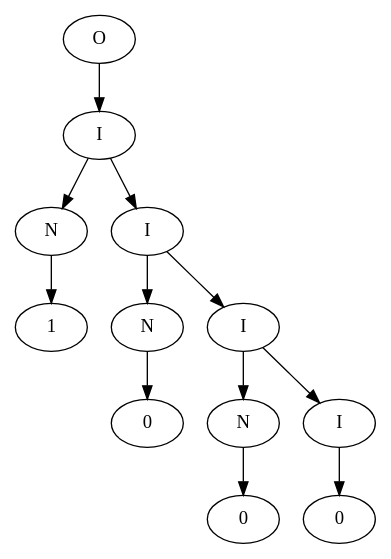
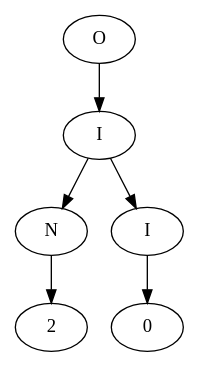
Before and after one commit to rcastroumg/AutomatasYLenguajesA: the diagram in DivisibleEnCInco/archivo.dot, drawn with Graphviz. The commit also changed 10 other files, not shown here.

```diff
--- a/DivisibleEnCInco/archivo.dot
+++ b/DivisibleEnCInco/archivo.dot
@@ -1,26 +1,14 @@
 digraph G{
-nodo0 [label=1];
+nodo0 [label=2];
 nodo1 [label=N];
 nodo1 -> nodo0;
 nodo2 [label=0];
-nodo3 [label=N];
+nodo3 [label=I];
 nodo3 -> nodo2;
-nodo4 [label=0];
-nodo5 [label=N];
+nodo4 [label=I];
+nodo4 -> nodo1;
+nodo4 -> nodo3;
+nodo5 [label=O];
 nodo5 -> nodo4;
-nodo6 [label=0];
-nodo7 [label=I];
-nodo7 -> nodo6;
-nodo8 [label=I];
-nodo8 -> nodo5;
-nodo8 -> nodo7;
-nodo9 [label=I];
-nodo9 -> nodo3;
-nodo9 -> nodo8;
-nodo10 [label=I];
-nodo10 -> nodo1;
-nodo10 -> nodo9;
-nodo11 [label=O];
-nodo11 -> nodo10;
 
 }
```
